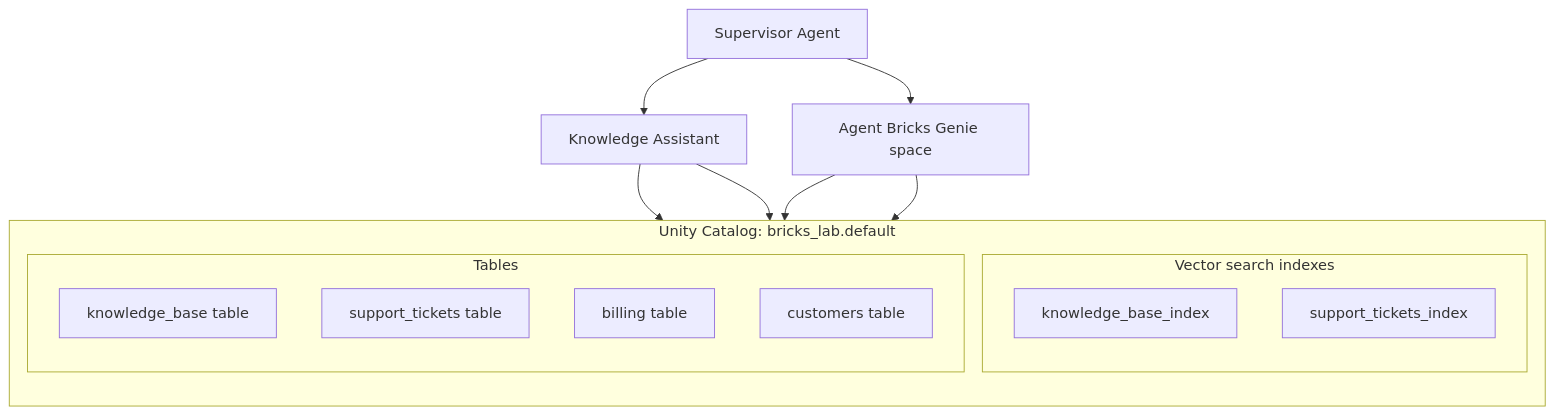
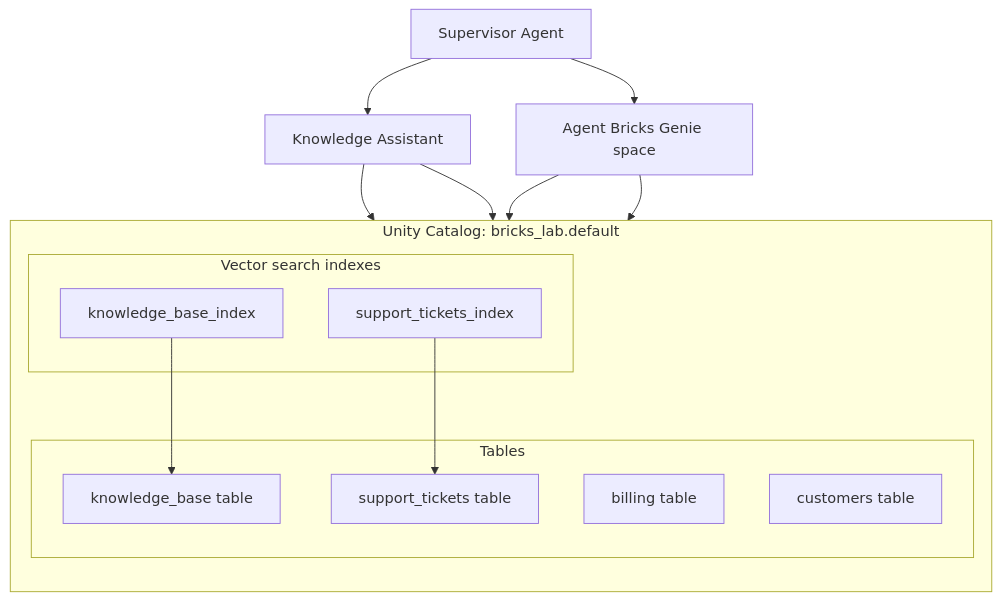
The third of 3 diagrams in README.md (dbagentworkshop/dbagentworkshop), drawn with Mermaid before and after one commit. The commit also changed other lines of this file, not shown here.

Commit message:
fix mermaid graphs

````diff
--- a/README.md
+++ b/README.md
@@ -202,25 +204,27 @@
 ```mermaid
 flowchart TB
   sa[Supervisor Agent]
   ka[Knowledge Assistant]
   genie[Agent Bricks Genie space]
   sa --> ka
   sa --> genie
   subgraph uc_full ["Unity Catalog: bricks_lab.default"]
     direction TB
     subgraph uc_idx ["Vector search indexes"]
       kb_idx[knowledge_base_index]
       st_idx[support_tickets_index]
     end
     subgraph uc_tbl ["Tables"]
       kb_tbl[knowledge_base table]
       st_tbl[support_tickets table]
       bill_tbl[billing table]
       cust_tbl[customers table]
     end
+    kb_idx --> kb_tbl
+    st_idx --> st_tbl
   end
   ka --> kb_idx
   ka --> st_idx
   genie --> bill_tbl
   genie --> cust_tbl
 ```
````
